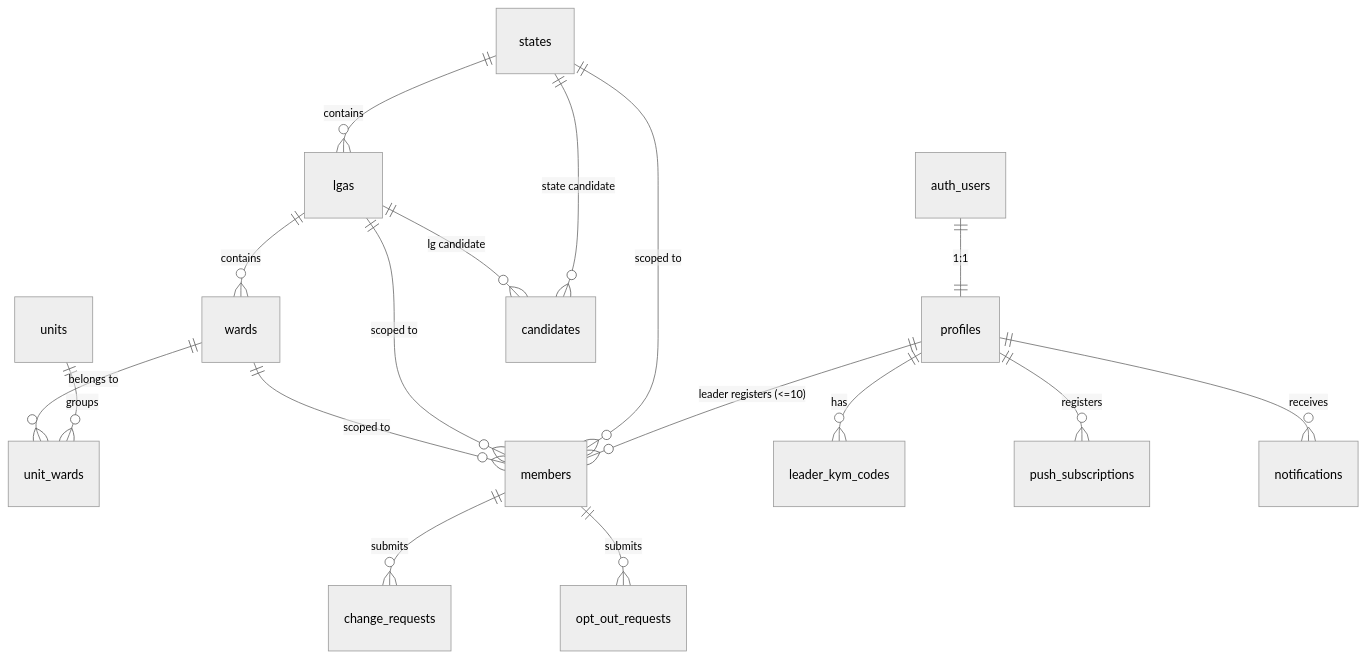
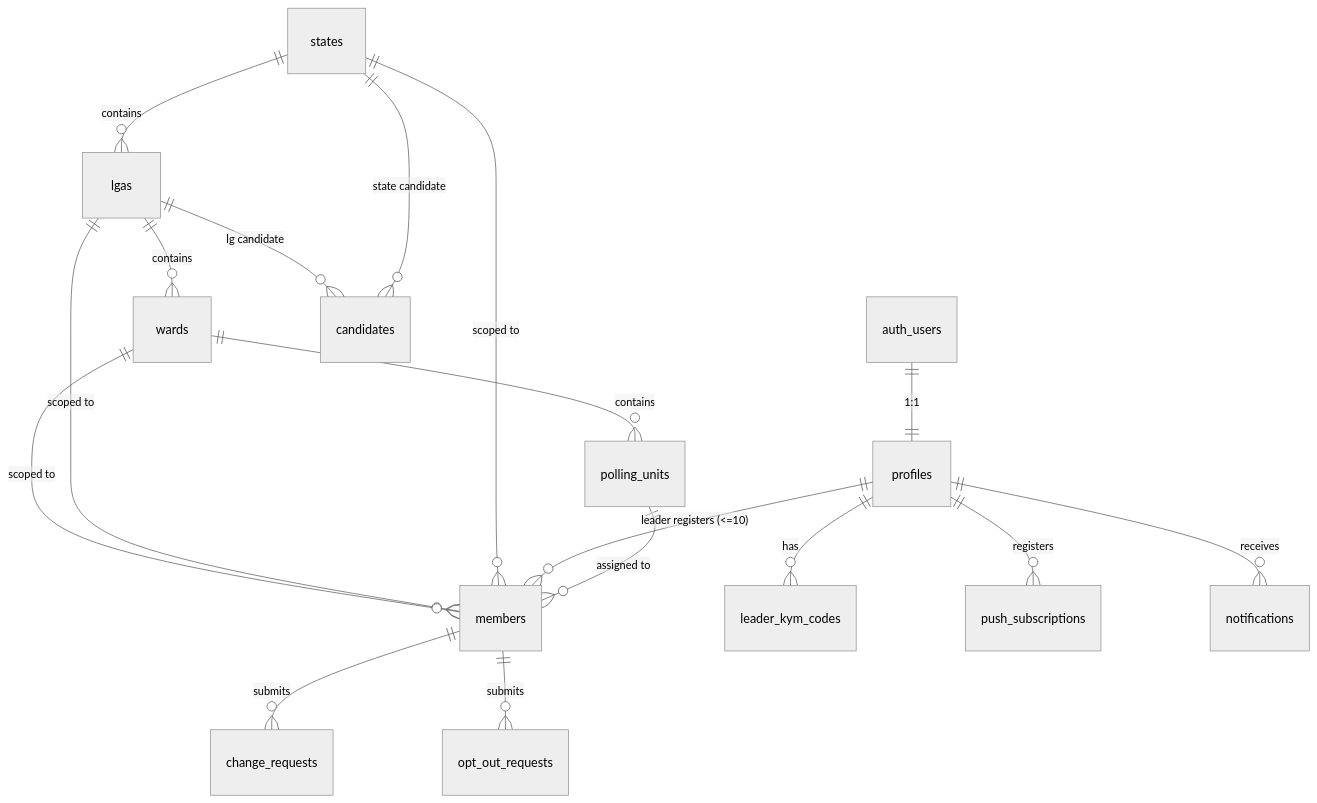
One commit to dnlcodes4-spec/ThinkRich changed the diagram in docs/architecture/data-model.md. Above: the diagram before and after it, drawn with Mermaid (neutral theme). The commit also changed other lines of this file and 91 other files, not shown here.

````diff
--- a/docs/architecture/data-model.md
+++ b/docs/architecture/data-model.md
@@ -14,22 +14,22 @@
 ```mermaid
 erDiagram
     states ||--o{ lgas : contains
     lgas ||--o{ wards : contains
-    units ||--o{ unit_wards : groups
-    wards ||--o{ unit_wards : "belongs to"
+    wards ||--o{ polling_units : contains
+    polling_units ||--o{ members : "assigned to"
 
     auth_users ||--|| profiles : "1:1"
     profiles ||--o{ members : "leader registers (<=10)"
     states ||--o{ members : "scoped to"
     lgas ||--o{ members : "scoped to"
     wards ||--o{ members : "scoped to"
 
     members ||--o{ change_requests : submits
     members ||--o{ opt_out_requests : submits
     profiles ||--o{ leader_kym_codes : has
     profiles ||--o{ push_subscriptions : registers
 
     states ||--o{ candidates : "state candidate"
     lgas ||--o{ candidates : "lg candidate"
     profiles ||--o{ notifications : receives
 ```
````
